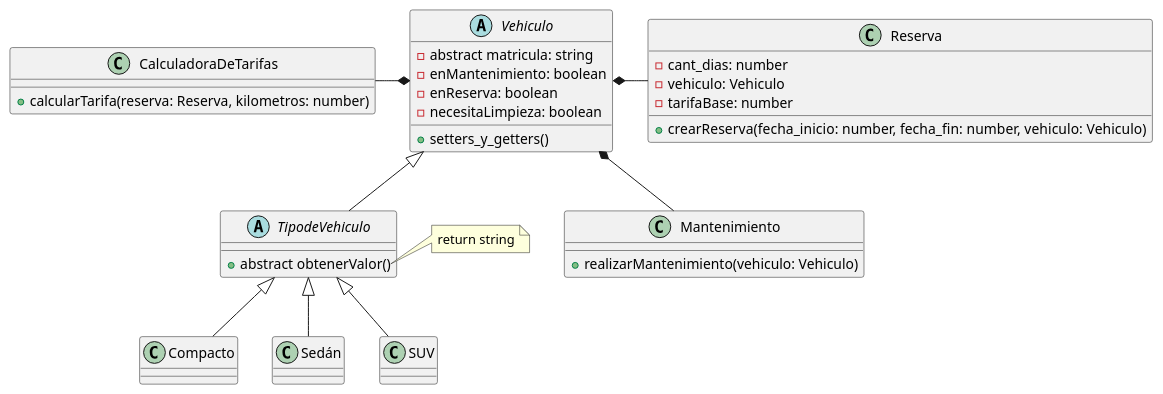
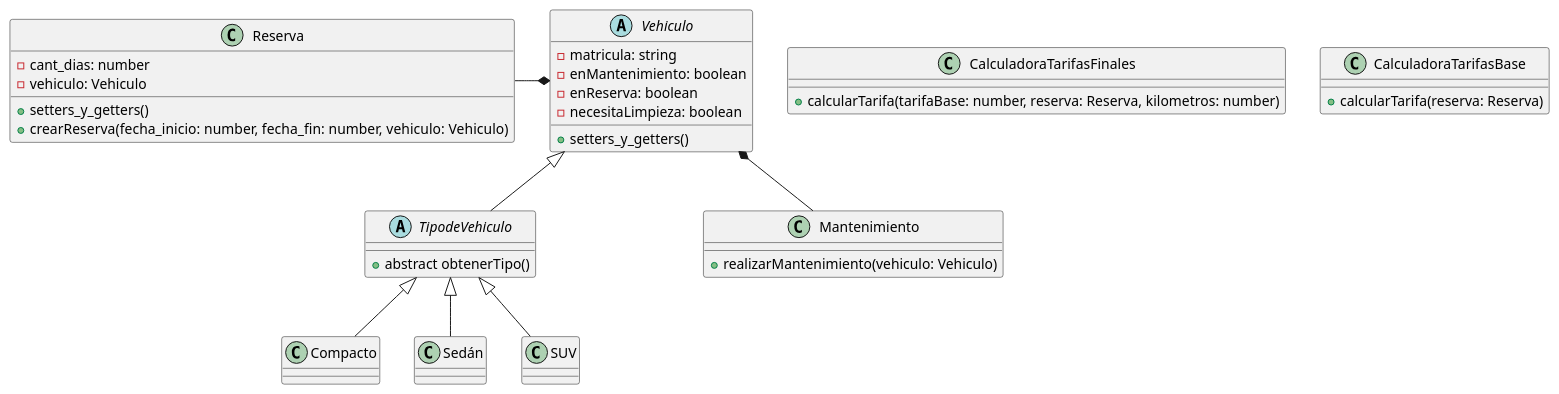
The diagram in diagramas/clases.puml (AlejoSuarez-37/Trabajo-Practico-Grupo16), drawn with PlantUML before and after one commit. The commit also changed 9 other files, not shown here.

Commit message:
Abstraccion del diagrama de clases e implementacion del codigo(Alejo Suarez)

```diff
--- a/diagramas/clases.puml
+++ b/diagramas/clases.puml
@@ -1,62 +1,66 @@
-@startuml
+@startuml Diagrama de clases
 
 abstract class Vehiculo {
-    - abstract matricula: string
+    - matricula: string
     - enMantenimiento: boolean
     - enReserva: boolean
     - necesitaLimpieza: boolean
 
     + setters_y_getters()
 }
 
-class CalculadoraDeTarifas {
-    + calcularTarifa(reserva: Reserva, kilometros: number)
+class CalculadoraTarifasFinales {
+    + calcularTarifa(tarifaBase: number, reserva: Reserva, kilometros: number)
+}
+
+class CalculadoraTarifasBase {
+    + calcularTarifa(reserva: Reserva)
 }
 
 class Reserva {
     - cant_dias: number
     - vehiculo: Vehiculo
-    - tarifaBase: number
+
+    + setters_y_getters()
     + crearReserva(fecha_inicio: number, fecha_fin: number, vehiculo: Vehiculo)
 }
 
 class Mantenimiento {
     + realizarMantenimiento(vehiculo: Vehiculo)
 }
 
 abstract class TipodeVehiculo {
-    + abstract obtenerValor()
+    + abstract obtenerTipo()
 }
 
 class Compacto {
 
 }
 class Sedán {
 
 }
 class SUV {
 
 }
 
 ' Relaciones
 
-Vehiculo *-l- CalculadoraDeTarifas
 Vehiculo *-d- Mantenimiento
-Vehiculo *-r- Reserva
+Vehiculo *-l- Reserva
 Vehiculo <|-d- TipodeVehiculo
 
 
 TipodeVehiculo <|-- Compacto
 TipodeVehiculo <|-- Sedán
 TipodeVehiculo <|-- SUV
 
 ' Notas
 
 note right of TipodeVehiculo::obtenerValor
     'devuelve un valor de tipo string
     return string
 end note
 
 
 
 @enduml
```
